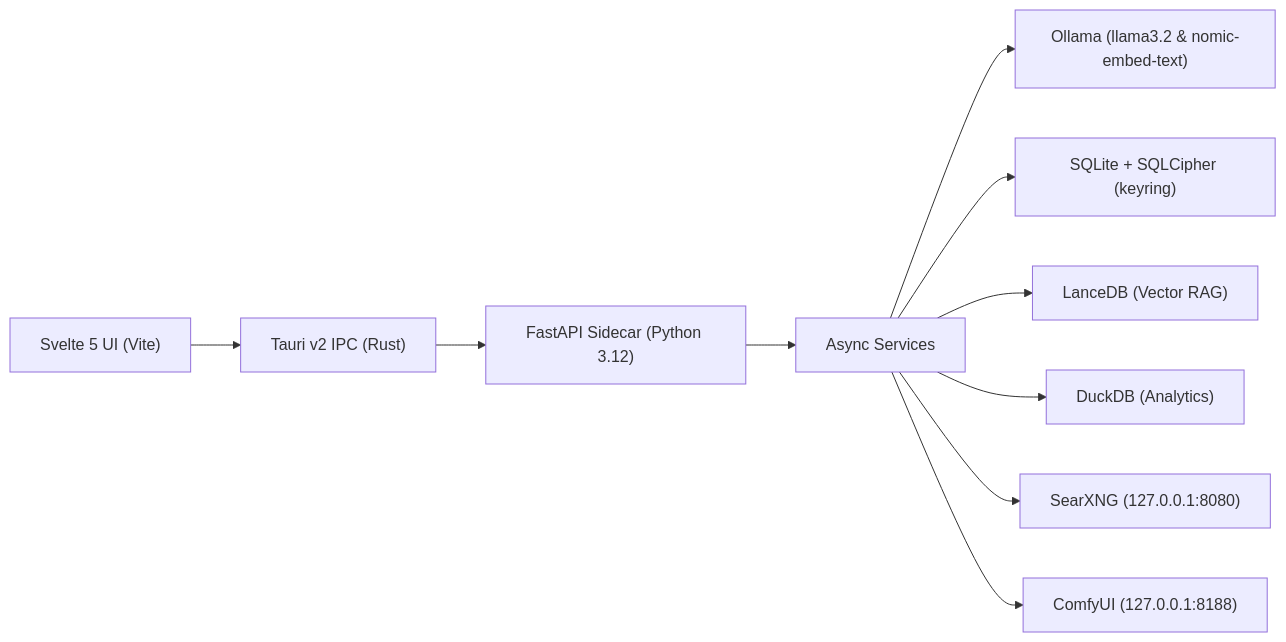
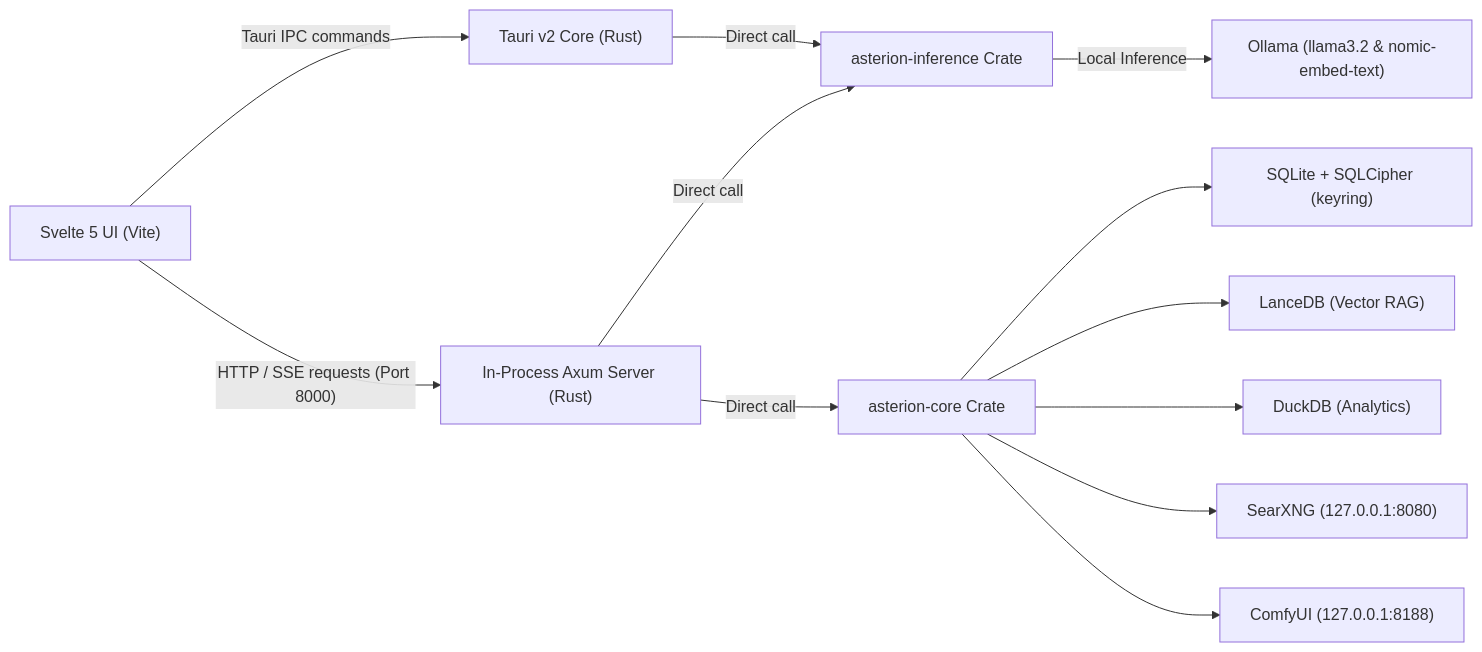
Before and after one commit to ElazAzel/Aster-ia: the diagram in docs/PLATFORM_SNAPSHOT.md, drawn with Mermaid. The commit also changed other lines of this file and 9 other files, not shown here.

Commit message:
feat: migrate backend to in-process Rust Axum server and remove Python sidecar dependency

````diff
--- a/docs/PLATFORM_SNAPSHOT.md
+++ b/docs/PLATFORM_SNAPSHOT.md
@@ -18,12 +18,14 @@
 ```mermaid
 flowchart LR
-    UI["Svelte 5 UI (Vite)"] --> Tauri["Tauri v2 IPC (Rust)"]
-    Tauri --> API["FastAPI Sidecar (Python 3.12)"]
-    API --> Services["Async Services"]
-    Services --> Ollama["Ollama (llama3.2 & nomic-embed-text)"]
-    Services --> SQLCipher["SQLite + SQLCipher (keyring)"]
-    Services --> LanceDB["LanceDB (Vector RAG)"]
-    Services --> DuckDB["DuckDB (Analytics)"]
-    Services --> SearXNG["SearXNG (127.0.0.1:8080)"]
-    Services --> ComfyUI["ComfyUI (127.0.0.1:8188)"]
+    UI["Svelte 5 UI (Vite)"] -->|"Tauri IPC commands"| Tauri["Tauri v2 Core (Rust)"]
+    UI -->|"HTTP / SSE requests (Port 8000)"| Axum["In-Process Axum Server (Rust)"]
+    Tauri -->|"Direct call"| Inference["asterion-inference Crate"]
+    Axum -->|"Direct call"| Core["asterion-core Crate"]
+    Axum -->|"Direct call"| Inference
+    Inference -->|"Local Inference"| Ollama["Ollama (llama3.2 & nomic-embed-text)"]
+    Core --> SQLCipher["SQLite + SQLCipher (keyring)"]
+    Core --> LanceDB["LanceDB (Vector RAG)"]
+    Core --> DuckDB["DuckDB (Analytics)"]
+    Core --> SearXNG["SearXNG (127.0.0.1:8080)"]
+    Core --> ComfyUI["ComfyUI (127.0.0.1:8188)"]
 ```
````
